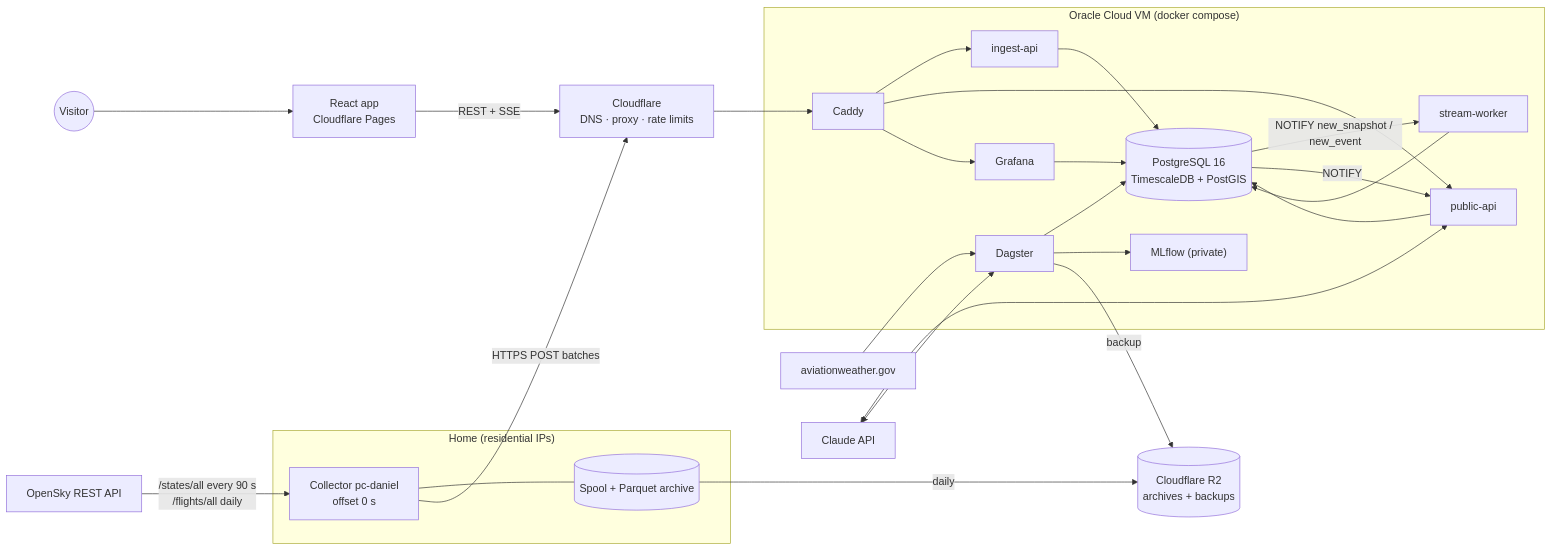
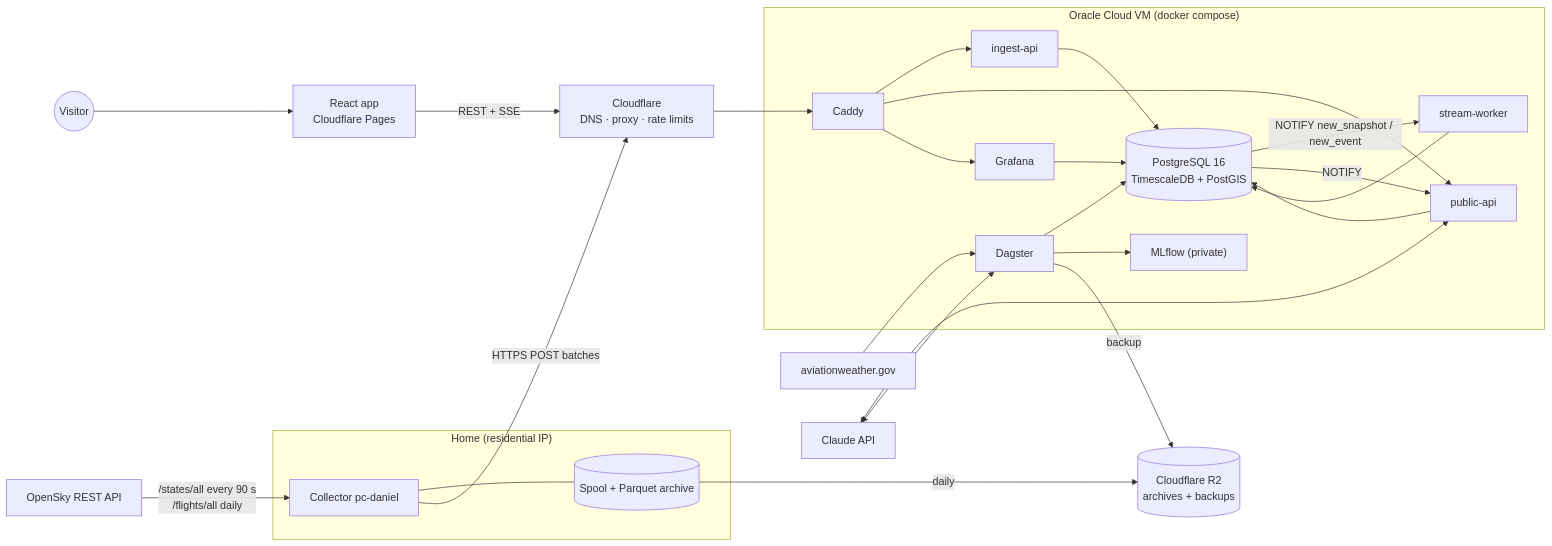
Before and after one commit to AlekkDev/airspace-live-tracker: the diagram in docs/01-architecture.md, drawn with Mermaid. The commit also changed other lines of this file and 22 other files, not shown here.

````diff
--- a/docs/01-architecture.md
+++ b/docs/01-architecture.md
@@ -5,45 +5,45 @@
 ```mermaid
 flowchart LR
-  subgraph Home["Home (residential IPs)"]
-    C1["Collector pc-daniel<br/>offset 0 s"]
+  subgraph Home["Home (residential IP)"]
+    C1["Collector pc-daniel"]
     S1[("Spool + Parquet archive")]
     C1 --- S1
   end
 
   OS["OpenSky REST API"] -->|"/states/all every 90 s<br/>/flights/all daily"| C1
 
   CF["Cloudflare<br/>DNS · proxy · rate limits"]
   C1 -->|"HTTPS POST batches"| CF
 
   subgraph VM["Oracle Cloud VM (docker compose)"]
     CADDY["Caddy"]
     ING["ingest-api"]
     API["public-api"]
     DB[("PostgreSQL 16<br/>TimescaleDB + PostGIS")]
     ORCH["Dagster"]
     STREAM["stream-worker"]
     MLF["MLflow (private)"]
     GRAF["Grafana"]
   end
 
   CF --> CADDY
   CADDY --> ING --> DB
   CADDY --> API
   CADDY --> GRAF
   DB -- "NOTIFY new_snapshot / new_event" --> STREAM
   DB -- "NOTIFY" --> API
   STREAM --> DB
   ORCH --> DB
   ORCH --> MLF
   API --> DB
   GRAF --> DB
 
   WX["aviationweather.gov"] --> ORCH
   LLM["Claude API"] <--> API
   LLM <--> ORCH
   S1 -->|"daily"| R2[("Cloudflare R2<br/>archives + backups")]
   ORCH -->|"backup"| R2
 
   WEB["React app<br/>Cloudflare Pages"] -->|"REST + SSE"| CF
   USER(("Visitor")) --> WEB
 ```
````
